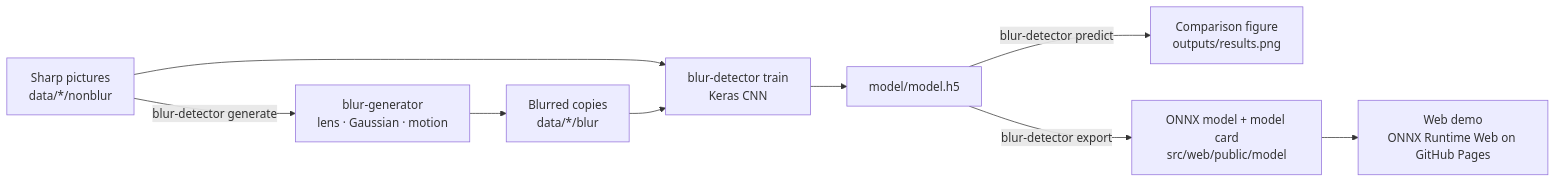
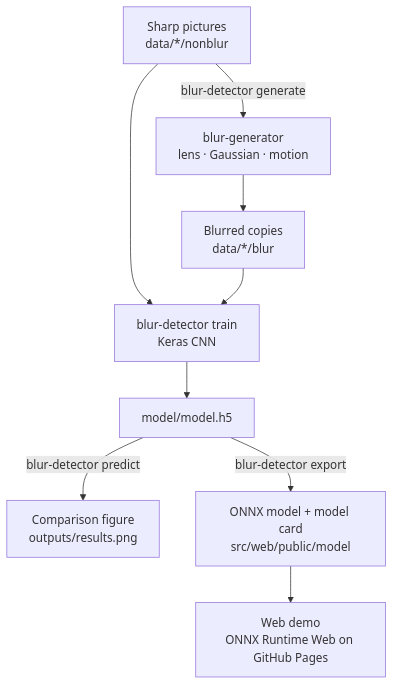
One commit to NatLee/simply-blur-detector changed the diagram in README.md. Above: the diagram before and after it, drawn with Mermaid.

Commit message:
docs: draw the README flow chart top to bottom
Left to right it was eight boxes in one row, which GitHub shrank to
unreadable text. Top to bottom it reads at full size.

````diff
--- a/README.md
+++ b/README.md
@@ -34,11 +34,11 @@
 ```mermaid
-flowchart LR
+flowchart TB
   sharp["Sharp pictures<br/>data/*/nonblur"] -->|"blur-detector generate"| bg["blur-generator<br/>lens · Gaussian · motion"]
   bg --> blurred["Blurred copies<br/>data/*/blur"]
   sharp --> train
   blurred --> train["blur-detector train<br/>Keras CNN"]
   train --> model["model/model.h5"]
   model -->|"blur-detector predict"| figure["Comparison figure<br/>outputs/results.png"]
   model -->|"blur-detector export"| onnx["ONNX model + model card<br/>src/web/public/model"]
   onnx --> web["Web demo<br/>ONNX Runtime Web on GitHub Pages"]
 ```
````
